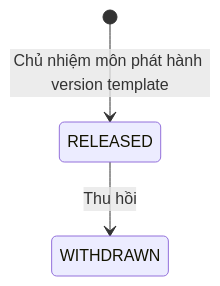
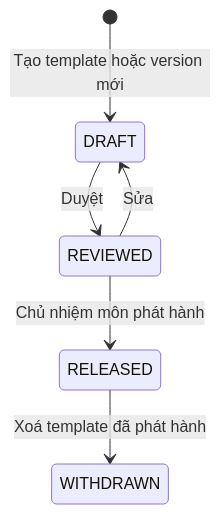
One commit to hygef-v4/AI-Powered-Learning-Platform changed the diagram in aidlc-docs/construction/u10-template-copy-simulation/functional-design/domain-entities.md. Above: the diagram before and after it, drawn with Mermaid. The commit also changed other lines of this file and 199 other files, not shown here.

````diff
--- a/aidlc-docs/construction/u10-template-copy-simulation/functional-design/domain-entities.md
+++ b/aidlc-docs/construction/u10-template-copy-simulation/functional-design/domain-entities.md
@@ -28,5 +26,8 @@
 ```mermaid
 stateDiagram-v2
-    [*] --> RELEASED: Chủ nhiệm môn phát hành version template
-    RELEASED --> WITHDRAWN: Thu hồi
+    [*] --> DRAFT: Tạo template hoặc version mới
+    DRAFT --> REVIEWED: Duyệt
+    REVIEWED --> DRAFT: Sửa
+    REVIEWED --> RELEASED: Chủ nhiệm môn phát hành
+    RELEASED --> WITHDRAWN: Xoá template đã phát hành
 ```
````
